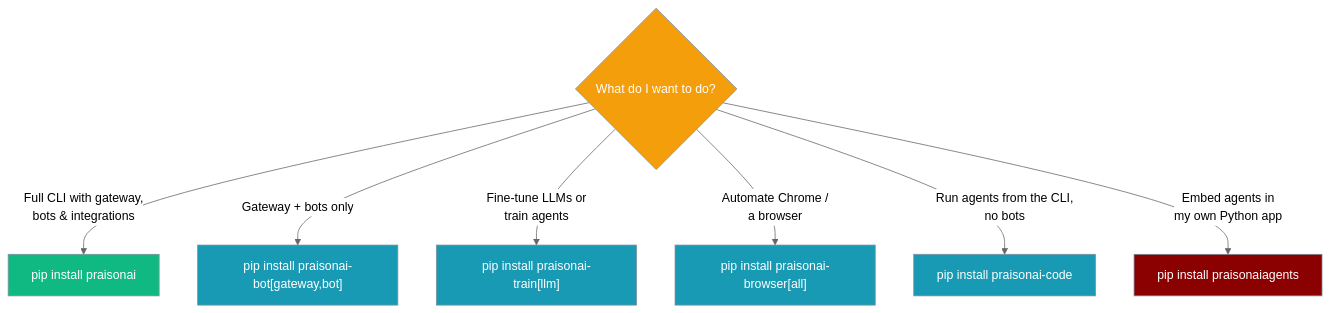
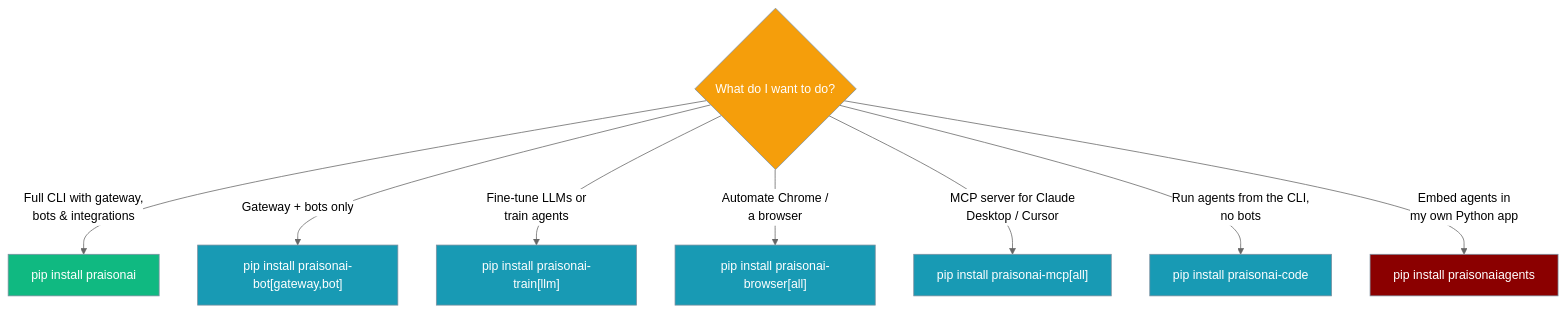
The second of 3 diagrams in docs/features/architecture-tiers.mdx (MervinPraison/PraisonAIDocs), drawn with Mermaid (neutral theme) before and after one commit. The commit also changed other lines of this file and 8 other files, not shown here.

Commit message:
docs: reflect C12 praisonai-mcp extraction across package-tier docs (seven packages, not six) (fixes #2036)

````diff
--- a/docs/features/architecture-tiers.mdx
+++ b/docs/features/architecture-tiers.mdx
@@ -76,20 +85,21 @@
 ```mermaid
 graph TB
     Q1{What do I want to do?}
     Q1 -->|Full CLI with gateway,<br/>bots & integrations| P1[pip install praisonai]
     Q1 -->|Gateway + bots only| P4["pip install praisonai-bot[gateway,bot]"]
     Q1 -->|Fine-tune LLMs or<br/>train agents| P5["pip install praisonai-train[llm]"]
     Q1 -->|Automate Chrome /<br/>a browser| P6["pip install praisonai-browser[all]"]
+    Q1 -->|MCP server for Claude<br/>Desktop / Cursor| P7["pip install praisonai-mcp[all]"]
     Q1 -->|Run agents from the CLI,<br/>no bots| P2[pip install praisonai-code]
     Q1 -->|Embed agents in<br/>my own Python app| P3[pip install praisonaiagents]
 
     classDef question fill:#F59E0B,stroke:#7C90A0,color:#fff
     classDef wrapper fill:#10B981,stroke:#7C90A0,color:#fff
     classDef runtime fill:#189AB4,stroke:#7C90A0,color:#fff
     classDef sdk fill:#8B0000,stroke:#7C90A0,color:#fff
 
     class Q1 question
     class P1 wrapper
-    class P2,P4,P5,P6 runtime
+    class P2,P4,P5,P6,P7 runtime
     class P3 sdk
 ```
````
